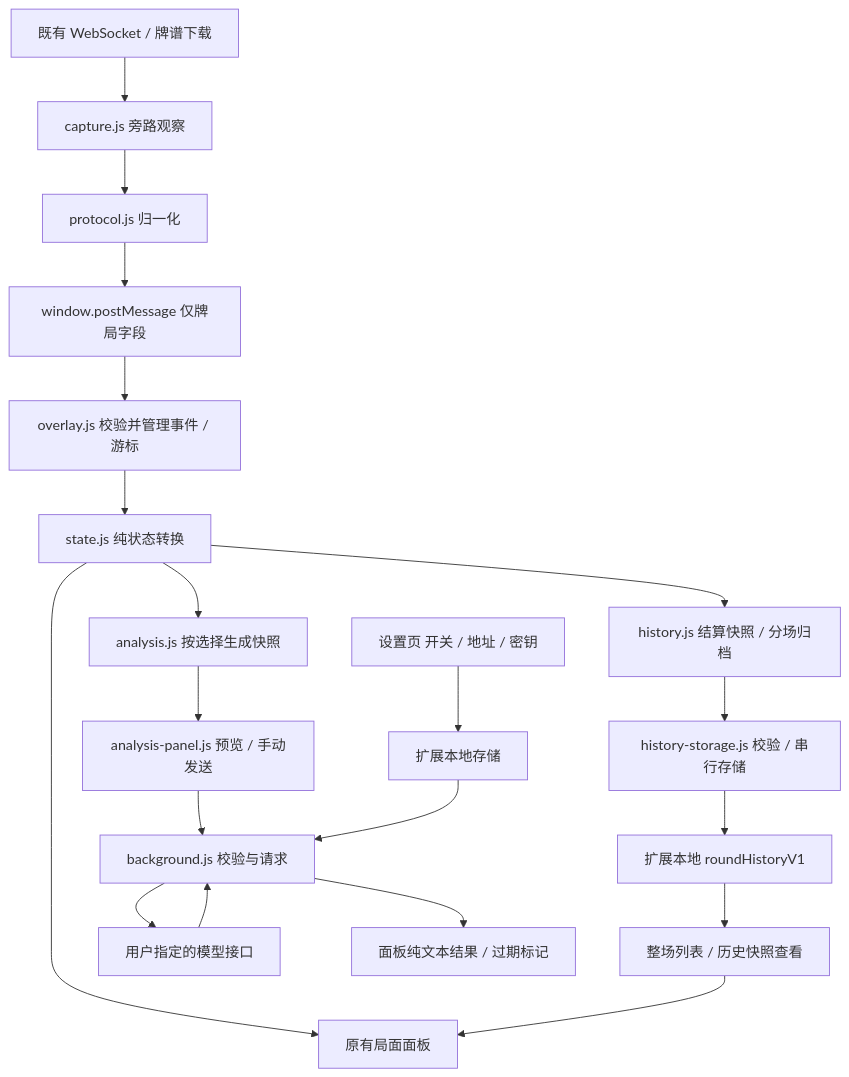
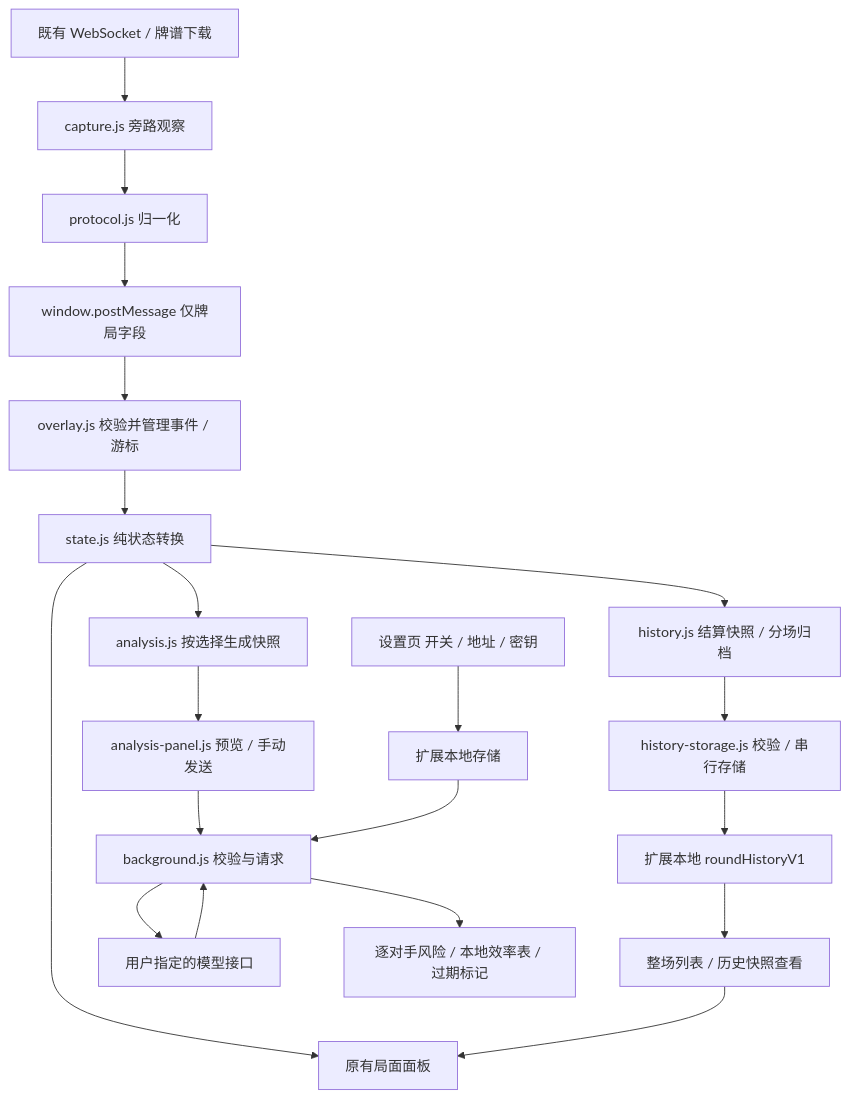
The diagram in ARCHITECTURE.md (1342446/majsoul-agent), drawn with Mermaid before and after one commit. The commit also changed other lines of this file and 35 other files, not shown here.

````diff
--- a/ARCHITECTURE.md
+++ b/ARCHITECTURE.md
@@ -27,22 +28,22 @@
 ```mermaid
 flowchart TD
   Game[既有 WebSocket / 牌谱下载] --> Capture[capture.js 旁路观察]
   Capture --> Protocol[protocol.js 归一化]
   Protocol --> Bridge[window.postMessage 仅牌局字段]
   Bridge --> Overlay[overlay.js 校验并管理事件 / 游标]
   Overlay --> State[state.js 纯状态转换]
   State --> UI[原有局面面板]
   State --> History[history.js 结算快照 / 分场归档]
   History --> HistoryWorker[history-storage.js 校验 / 串行存储]
   HistoryWorker --> HistoryStorage[扩展本地 roundHistoryV1]
   HistoryStorage --> HistoryUI[整场列表 / 历史快照查看]
   HistoryUI --> UI
   State --> Analysis[analysis.js 按选择生成快照]
   Analysis --> Panel[analysis-panel.js 预览 / 手动发送]
   Options[设置页 开关 / 地址 / 密钥] --> Storage[扩展本地存储]
   Panel --> Worker[background.js 校验与请求]
   Storage --> Worker
   Worker --> Provider[用户指定的模型接口]
   Provider --> Worker
-  Worker --> Result[面板纯文本结果 / 过期标记]
+  Worker --> Result[逐对手风险 / 本地效率表 / 过期标记]
 ```
````
